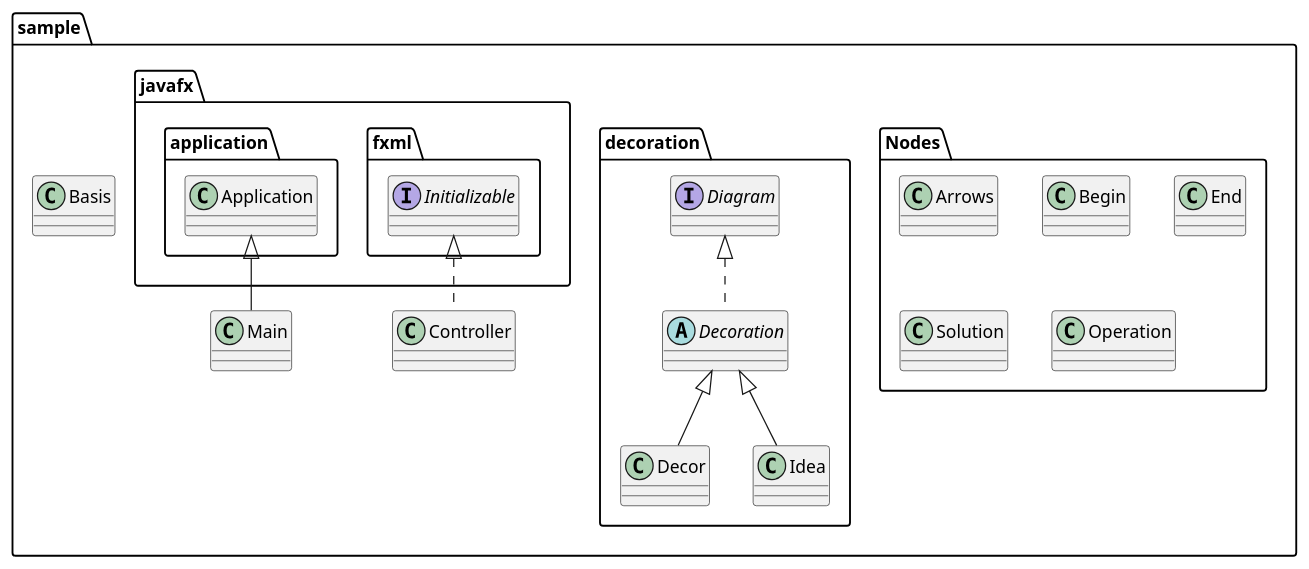
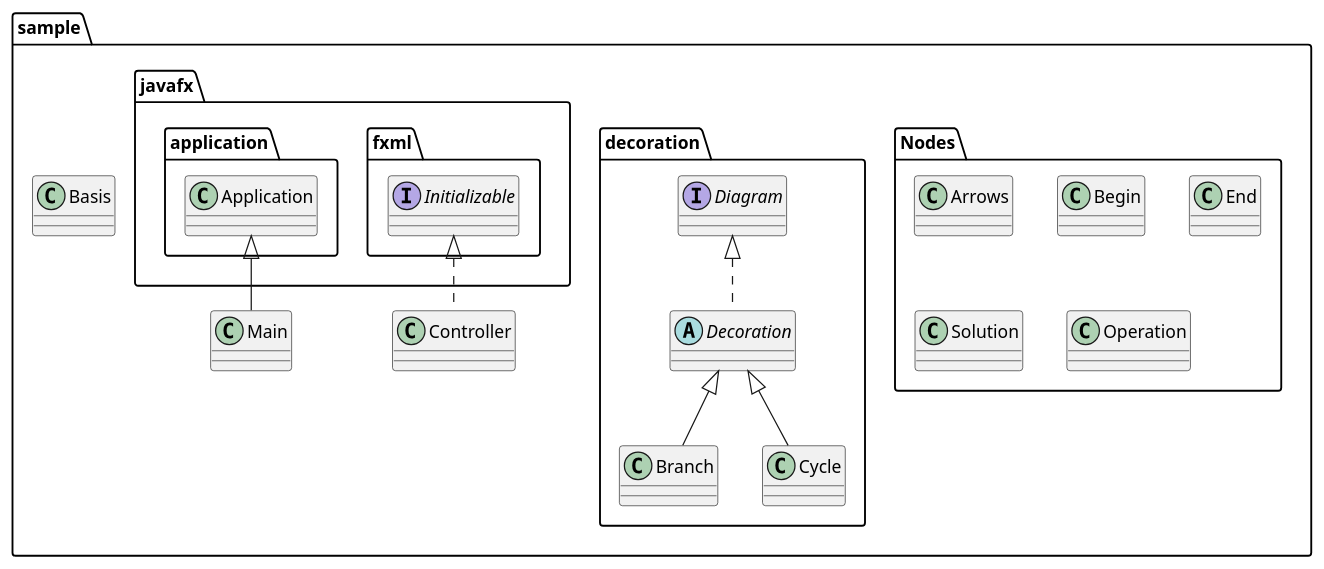
Before and after one commit to Aseev-Sergey/Decorator: the diagram in Class Diagram.puml, drawn with PlantUML. The commit also changed 24 other files, not shown here.

```diff
--- a/Class Diagram.puml
+++ b/Class Diagram.puml
@@ -1,22 +1,22 @@
 @startuml
 
 package sample <<Folder>>{
 package Nodes <<Folder>>{
 class Arrows
 class Begin
 class End
 class Solution
 class Operation
 }
 package decoration <<Folder>>{
 interface Diagram
 abstract class Decoration implements Diagram
-class Decor extends Decoration
-class Idea extends Decoration
+class Branch extends Decoration
+class Cycle extends Decoration
 }
 class Main extends javafx.application.Application
 class Controller implements javafx.fxml.Initializable
 class Basis
 }
 
 @enduml
```
